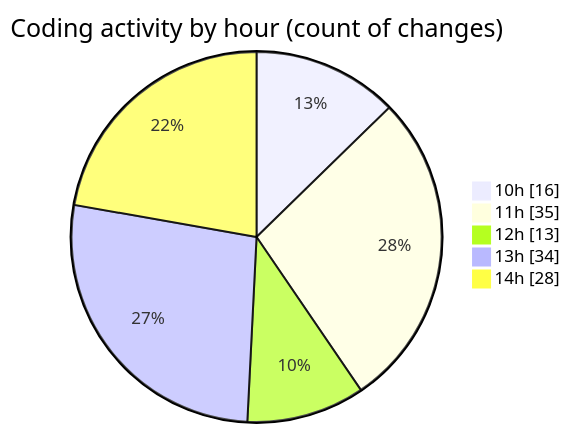
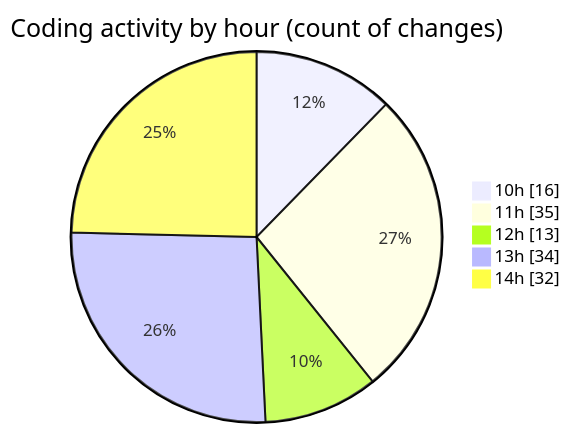
The second of 2 diagrams in 2025-02-20/micros/README.md (charlie-sans/code-tracking), drawn with Mermaid before and after one commit. The commit also changed other lines of this file and 1 other file, not shown here.

````diff
--- a/2025-02-20/micros/README.md
+++ b/2025-02-20/micros/README.md
@@ -53,9 +53,9 @@
 ```mermaid
 pie showData
 title Coding activity by hour (count of changes)
 "10h" : 16
 "11h" : 35
 "12h" : 13
 "13h" : 34
-"14h" : 28
+"14h" : 32
 ```
````
